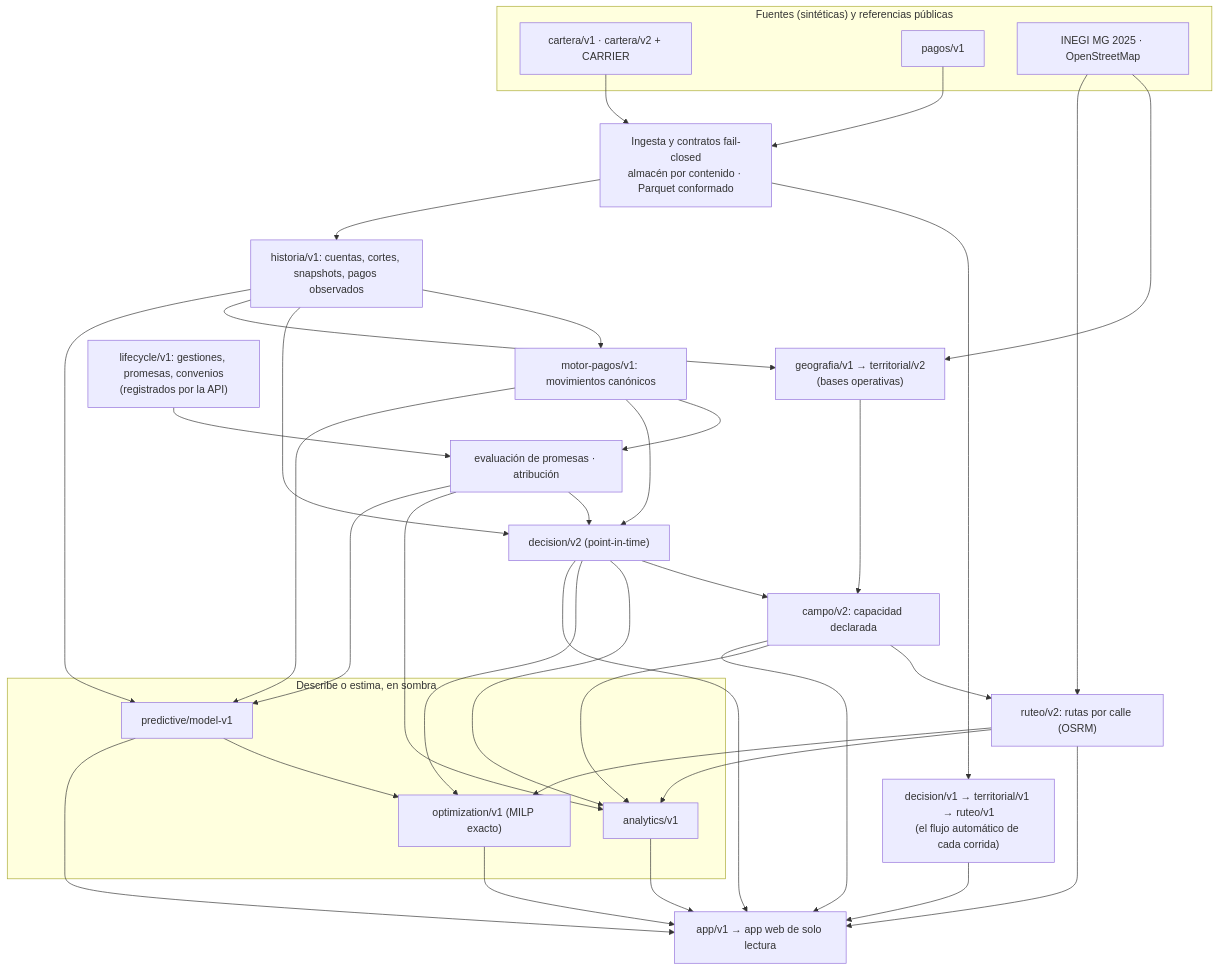
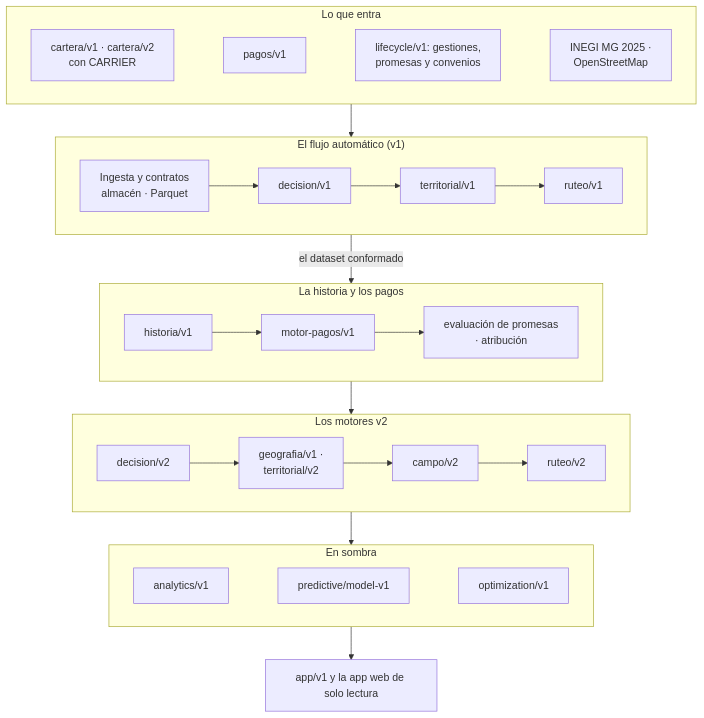
The second of 2 diagrams in docs/architecture.md (israelcervantes31416/motor-cartera), drawn with Mermaid before and after one commit. The commit also changed other lines of this file and 1 other file, not shown here.

Commit message:
docs: los diagramas de arquitectura, por filas y legibles en GitHub
Mermaid ignora la direccion de un subgrafo cuando un enlace cruza su borde: el diagrama del README
salia como una columna de 2,000 px. Ahora cada fila es un subgrafo horizontal (la plataforma, los
motores, lo que corre en sombra) y los enlaces van de subgrafo a subgrafo. El flujo de los datos de
architecture.md, igual, con una nota de las dependencias que el diagrama simplifica.

````diff
--- a/docs/architecture.md
+++ b/docs/architecture.md
@@ -68,33 +68,28 @@
 ```mermaid
-flowchart TD
-    subgraph fuentes["Fuentes (sintéticas) y referencias públicas"]
-        CAR["cartera/v1 · cartera/v2 + CARRIER"]
-        PAG["pagos/v1"]
-        REF["INEGI MG 2025 · OpenStreetMap"]
+flowchart TB
+    subgraph entrada["Lo que entra"]
+        direction LR
+        CAR["cartera/v1 · cartera/v2<br/>con CARRIER"] ~~~ PAG["pagos/v1"] ~~~ LC["lifecycle/v1: gestiones,<br/>promesas y convenios"] ~~~ REF["INEGI MG 2025 ·<br/>OpenStreetMap"]
     end
-
-    CAR & PAG --> ING["Ingesta y contratos fail-closed<br/>almacén por contenido · Parquet conformado"]
-    ING --> V1["decision/v1 → territorial/v1 → ruteo/v1<br/>(el flujo automático de cada corrida)"]
-    ING --> HIS["historia/v1: cuentas, cortes, snapshots, pagos observados"]
-    HIS --> MP["motor-pagos/v1: movimientos canónicos"]
-    LC["lifecycle/v1: gestiones, promesas, convenios<br/>(registrados por la API)"] --> EA["evaluación de promesas · atribución"]
-    MP --> EA
-    HIS & MP & EA --> D2["decision/v2 (point-in-time)"]
-    REF --> GEO["geografia/v1 → territorial/v2<br/>(bases operativas)"]
-    HIS --> GEO
-    D2 & GEO --> CAMPO["campo/v2: capacidad declarada"]
-    CAMPO --> RUTEO["ruteo/v2: rutas por calle (OSRM)"]
-    REF --> RUTEO
-
-    subgraph sombra["Describe o estima, en sombra"]
-        AN["analytics/v1"]
-        PR["predictive/model-v1"]
-        OPT["optimization/v1 (MILP exacto)"]
+    subgraph v1["El flujo automático (v1)"]
+        direction LR
+        ING["Ingesta y contratos<br/>almacén · Parquet"] --> DV1["decision/v1"] --> TV1["territorial/v1"] --> RV1["ruteo/v1"]
     end
-
-    D2 & CAMPO & RUTEO & EA --> AN
-    HIS & MP & EA --> PR
-    PR & D2 & RUTEO --> OPT
-
-    V1 & D2 & CAMPO & RUTEO & AN & PR & OPT --> APP["app/v1 → app web de solo lectura"]
+    subgraph historia["La historia y los pagos"]
+        direction LR
+        HIS["historia/v1"] --> MP["motor-pagos/v1"] --> EA["evaluación de promesas<br/>· atribución"]
+    end
+    subgraph v2["Los motores v2"]
+        direction LR
+        D2["decision/v2"] --> GEO["geografia/v1 ·<br/>territorial/v2"] --> CAMPO["campo/v2"] --> RUTEO["ruteo/v2"]
+    end
+    subgraph sombra["En sombra"]
+        direction LR
+        AN["analytics/v1"] ~~~ PR["predictive/model-v1"] ~~~ OPT["optimization/v1"]
+    end
+    entrada --> v1
+    v1 -- "el dataset conformado" --> historia
+    historia --> v2
+    v2 --> sombra
+    sombra --> APP["app/v1 y la app web de solo lectura"]
 ```
````
